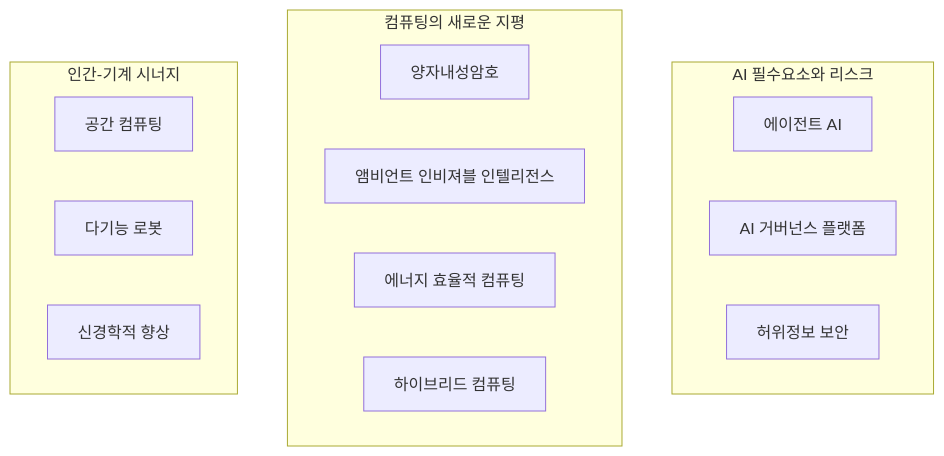
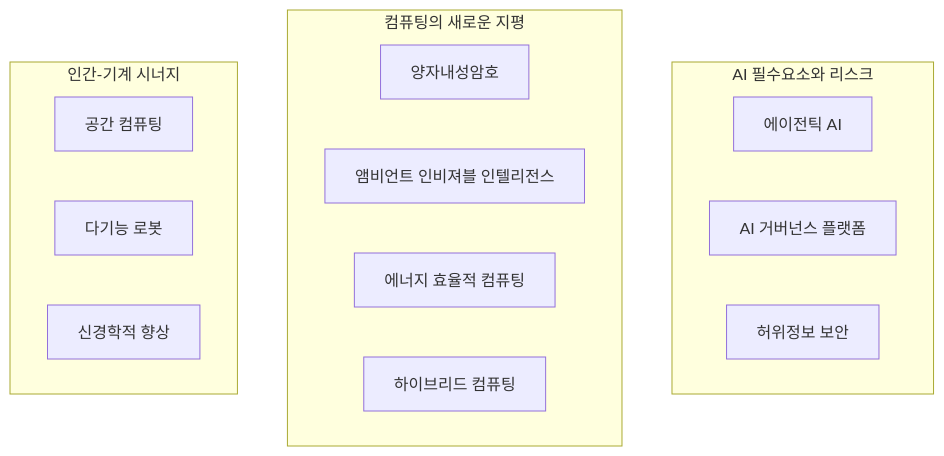
One commit to gracefullight/gracefullight.github.io changed the diagram in blog/pe/conv/gartner-2025.md. Above: the diagram before and after it, drawn with Mermaid. The commit also changed other lines of this file and 2 other files, not shown here.

Commit message:
docs(pe): 📚️ format

````diff
--- a/blog/pe/conv/gartner-2025.md
+++ b/blog/pe/conv/gartner-2025.md
@@ -15,24 +15,24 @@
 ```mermaid
 graph TB
   subgraph AI필수요소리스크[AI 필수요소와 리스크]
     direction LR
-    에이전트AI[에이전트 AI]
+    에이전틱AI[에이전틱 AI]
     AI거버넌스플랫폼[AI 거버넌스 플랫폼]
     허위정보보안[허위정보 보안]
   end
 
   subgraph 컴퓨팅새지평[컴퓨팅의 새로운 지평]
     direction LR
     양자내성암호
     앰비언트인비져블인텔리전스[앰비언트 인비져블 인텔리전스]
     에너지효율적컴퓨팅[에너지 효율적 컴퓨팅]
     하이브리드컴퓨팅[하이브리드 컴퓨팅]
   end
 
   subgraph 인간기계시너지[인간-기계 시너지]
     direction LR
     공간컴퓨팅[공간 컴퓨팅]
     다기능로봇[다기능 로봇]
     신경학적향상[신경학적 향상]
   end
 ```
````
